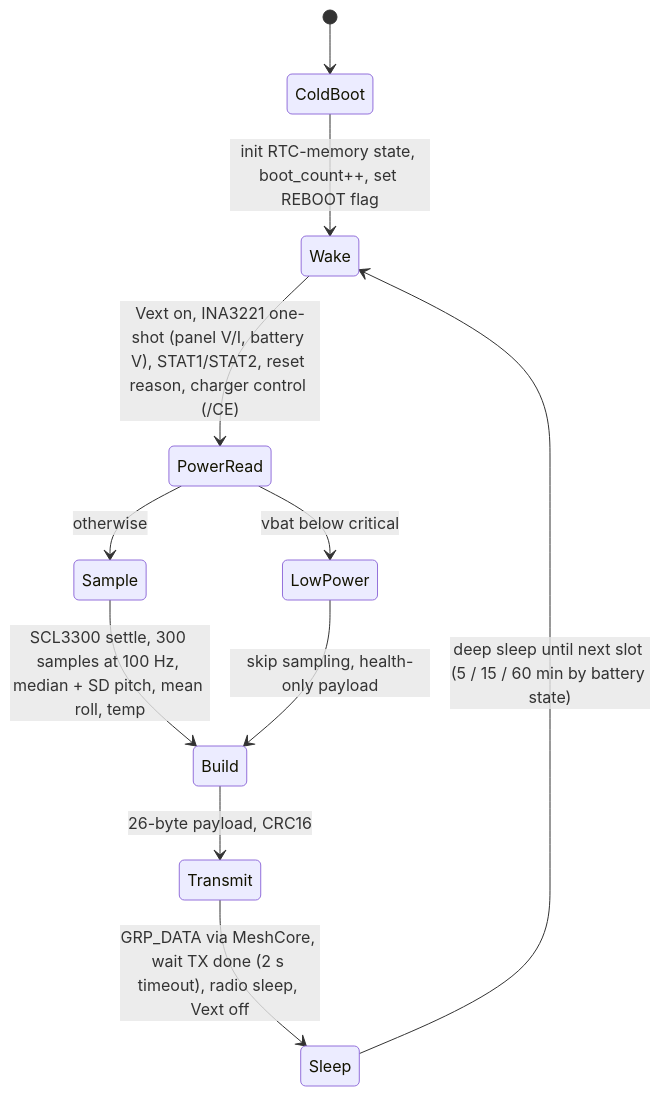
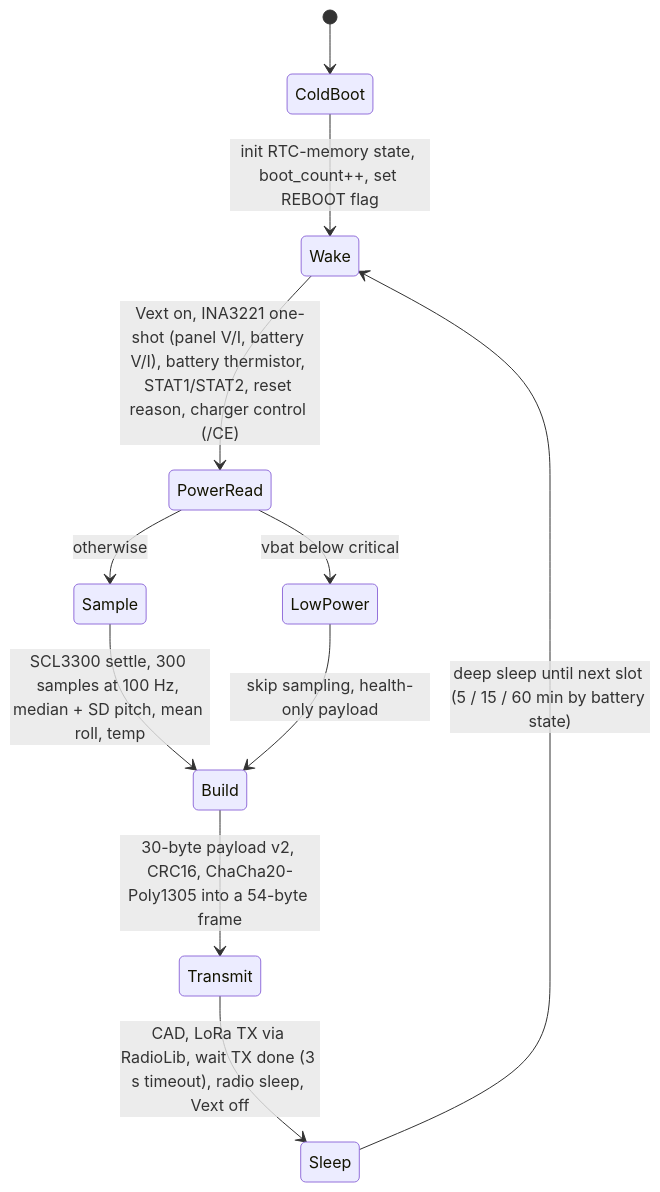
Before and after one commit to nickdnj/lora-ramp-tide-sensor: the third of 6 diagrams in docs/ARCHITECTURE.md, drawn with Mermaid. The commit also changed other lines of this file and 7 other files, not shown here.

First line of the commit message:
Redesign link: direct LoRa to Wi-Fi gateway, drop repeater and MeshCore

````diff
--- a/docs/ARCHITECTURE.md
+++ b/docs/ARCHITECTURE.md
@@ -222,13 +261,13 @@
 ```mermaid
 stateDiagram-v2
     [*] --> ColdBoot
     ColdBoot --> Wake: init RTC-memory state, boot_count++, set REBOOT flag
-    Wake --> PowerRead: Vext on, INA3221 one-shot (panel V/I, battery V), STAT1/STAT2, reset reason, charger control (/CE)
+    Wake --> PowerRead: Vext on, INA3221 one-shot (panel V/I, battery V/I), battery thermistor, STAT1/STAT2, reset reason, charger control (/CE)
     PowerRead --> LowPower: vbat below critical
     PowerRead --> Sample: otherwise
     Sample --> Build: SCL3300 settle, 300 samples at 100 Hz, median + SD pitch, mean roll, temp
     LowPower --> Build: skip sampling, health-only payload
-    Build --> Transmit: 26-byte payload, CRC16
-    Transmit --> Sleep: GRP_DATA via MeshCore, wait TX done (2 s timeout), radio sleep, Vext off
+    Build --> Transmit: 30-byte payload v2, CRC16, ChaCha20-Poly1305 into a 54-byte frame
+    Transmit --> Sleep: CAD, LoRa TX via RadioLib, wait TX done (3 s timeout), radio sleep, Vext off
     Sleep --> Wake: deep sleep until next slot (5 / 15 / 60 min by battery state)
 ```
````
